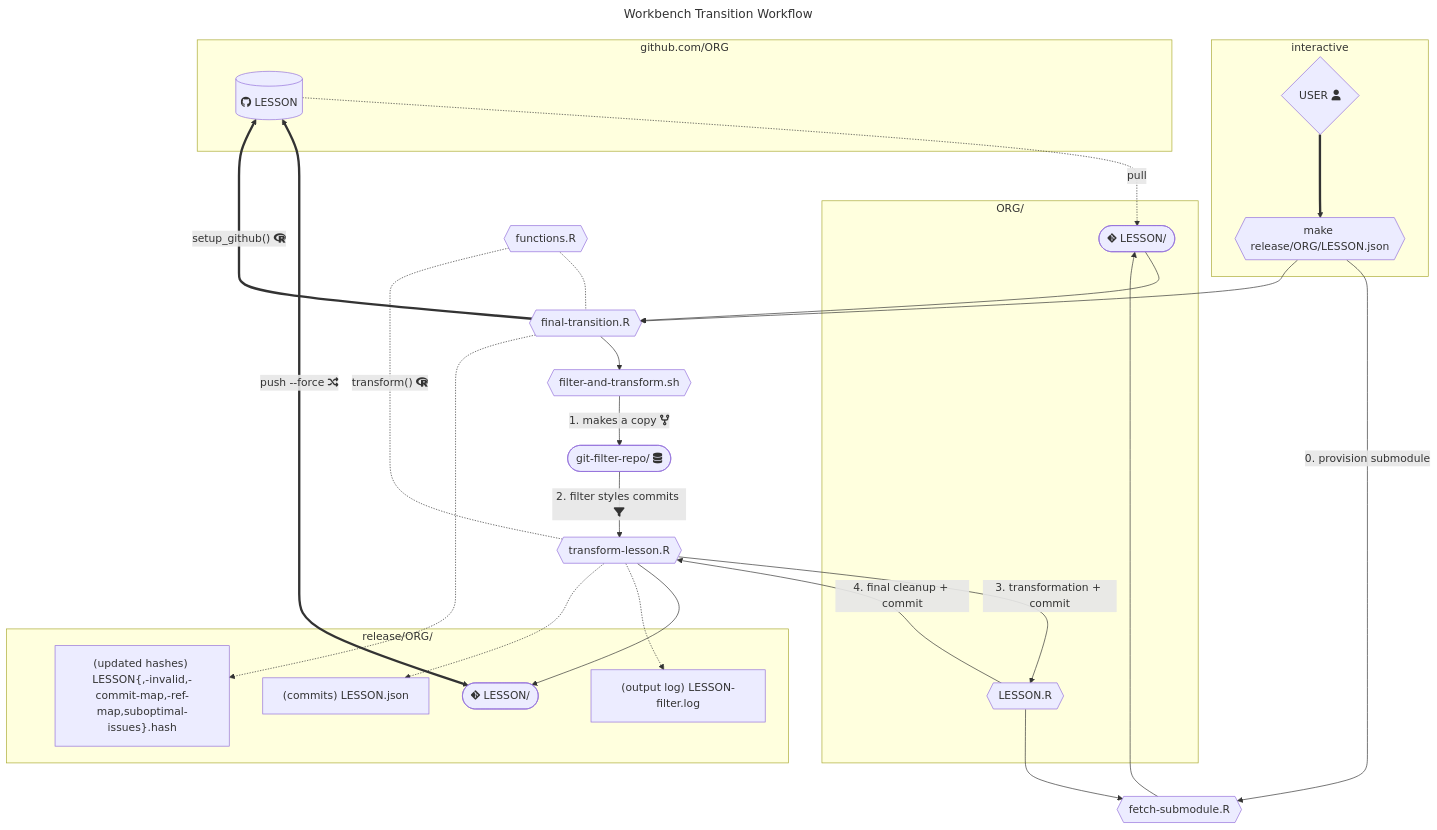
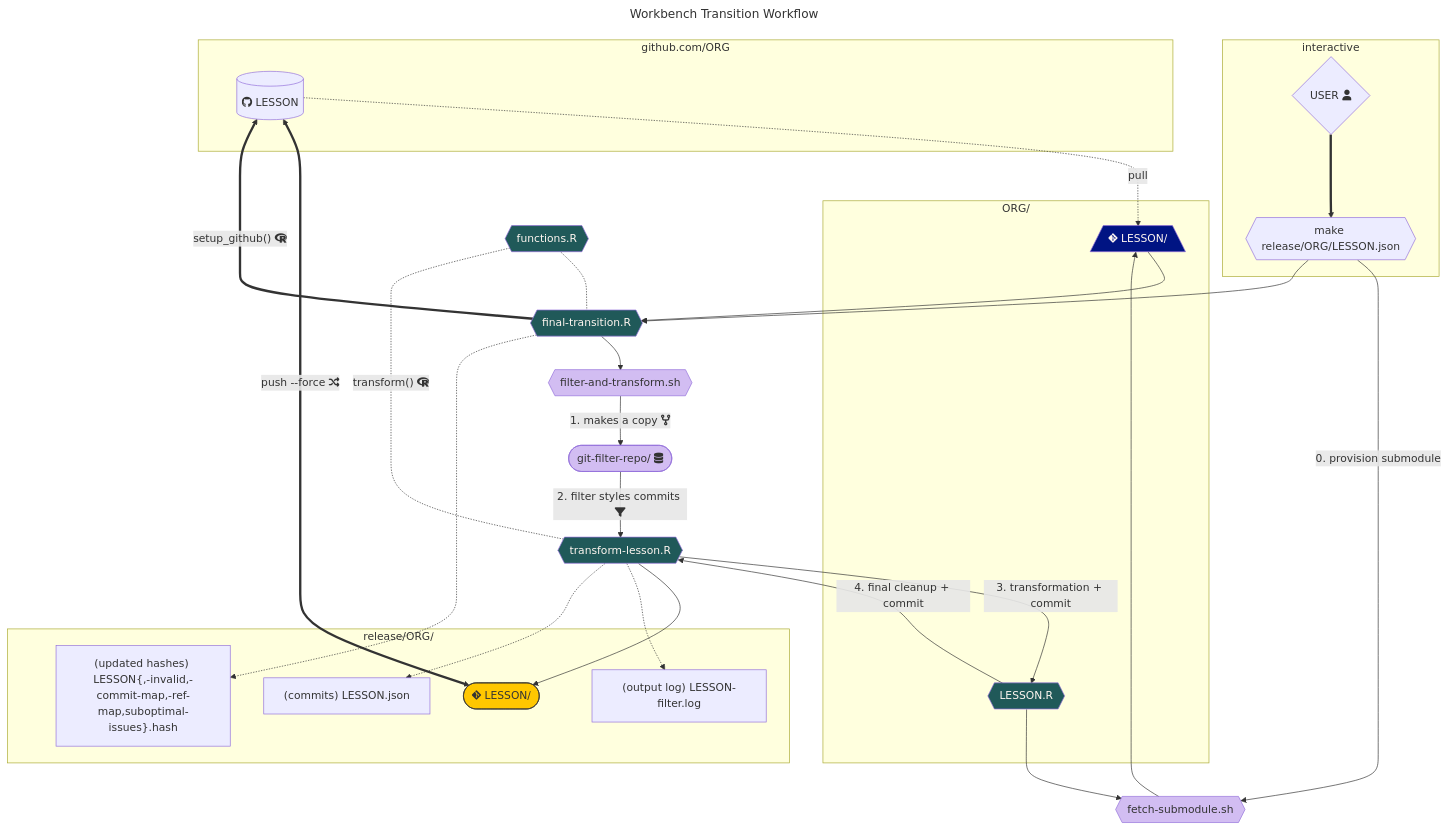
The fourth of 4 diagrams in README.md (carpentries/lesson-transition), drawn with Mermaid before and after one commit. The commit also changed other lines of this file, not shown here.

Commit message:
add simple graphs and styling

````diff
--- a/README.md
+++ b/README.md
@@ -250,58 +318,63 @@
 ```mermaid
 ---
 title: "Workbench Transition Workflow"
 ---
 flowchart TD
+    classDef styles fill:#001483,color:#FFF7F1,stroke-width:1px
+    classDef workbench fill:#FFC700,stroke:#333,stroke-width:1px
+    classDef r fill:#205959,color:#FFF7F1
+    classDef script fill:#D2BDF2
+
     subgraph github.com/ORG
     GH[("fab:fa-github LESSON")]
     end
     
     subgraph interactive
     YOU{"USER fa:fa-user"}
     MK{{"make release/ORG/LESSON.json"}}
     end
     
-    FINAL{{"final-transition.R"}}
-    FS{{"fetch-submodule.R"}}
-    FT{{"filter-and-transform.sh"}}
-    GFR(["git-filter-repo/ fa:fa-database"])
-    TL{{"transform-lesson.R"}}
-    FR{{"functions.R"}}
+    FINAL{{"final-transition.R"}}:::r
+    FS{{"fetch-submodule.sh"}}:::script
+    FT{{"filter-and-transform.sh"}}:::script
+    GFR(["git-filter-repo/ fa:fa-database"]):::script
+    TL{{"transform-lesson.R"}}:::r
+    FR{{"functions.R"}}:::r
 
     
     subgraph  ORG/
-    SLS{{LESSON.R}}
-    SL(["fab:fa-git-alt LESSON/"])
+    SLS{{LESSON.R}}:::r
+    SL[/"fab:fa-git-alt LESSON/"\]:::styles
     end
 
     subgraph release/ORG/
-    WL(["fab:fa-git-alt LESSON/"])
+    WL(["fab:fa-git-alt LESSON/"]):::workbench
     LOG["(output log) LESSON-filter.log"]
     COMMITS["(commits) LESSON.json"]
     HASH["(updated hashes) LESSON{,-invalid,-commit-map,-ref-map,suboptimal-issues}.hash"]
 
     end
 
     YOU ==> MK
     MK -->|"0. provision submodule"| FS 
     GH -.->|"pull"| SL
     SLS --> FS
     MK --> FINAL
     FR -.- FINAL
     FS --> SL
     SL --> FINAL
     FINAL --> FT
     FT -->|"1. makes a copy fa:fa-code-fork"| GFR
     GFR -->|"2. filter styles commits fa:fa-filter"| TL 
     FR -.-|"transform() fab:fa-r-project"| TL
     TL -->|"3. transformation + commit"| SLS
     SLS -->|"4. final cleanup + commit"| TL
     TL --> WL
     TL -.-> LOG
     TL -.-> COMMITS
     FINAL -.-> HASH
     GH <===> |"push --force fa:fa-shuffle"| WL
     FINAL ===> |"setup_github() fab:fa-r-project"| GH
     
 
 ```
````
